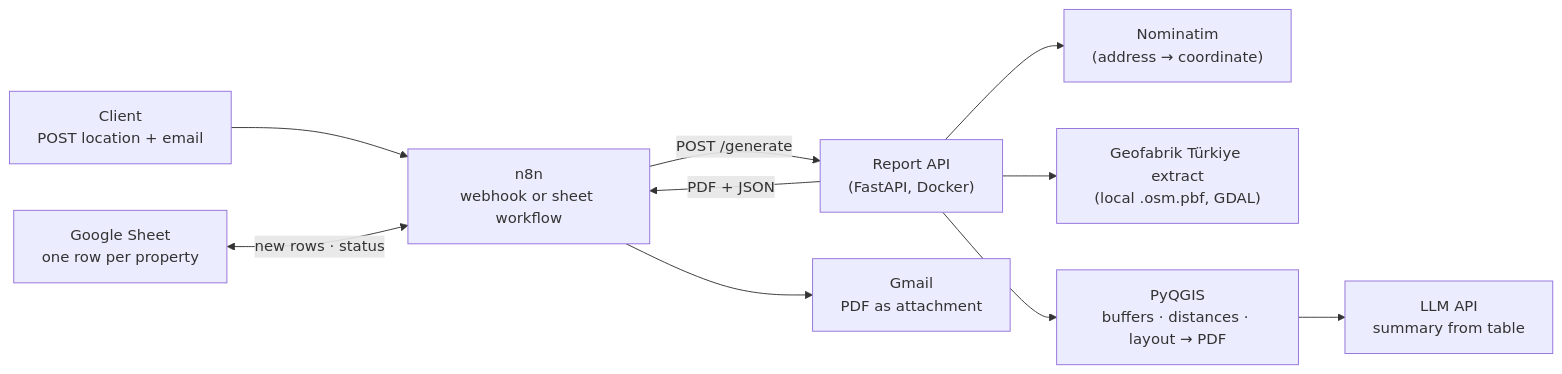
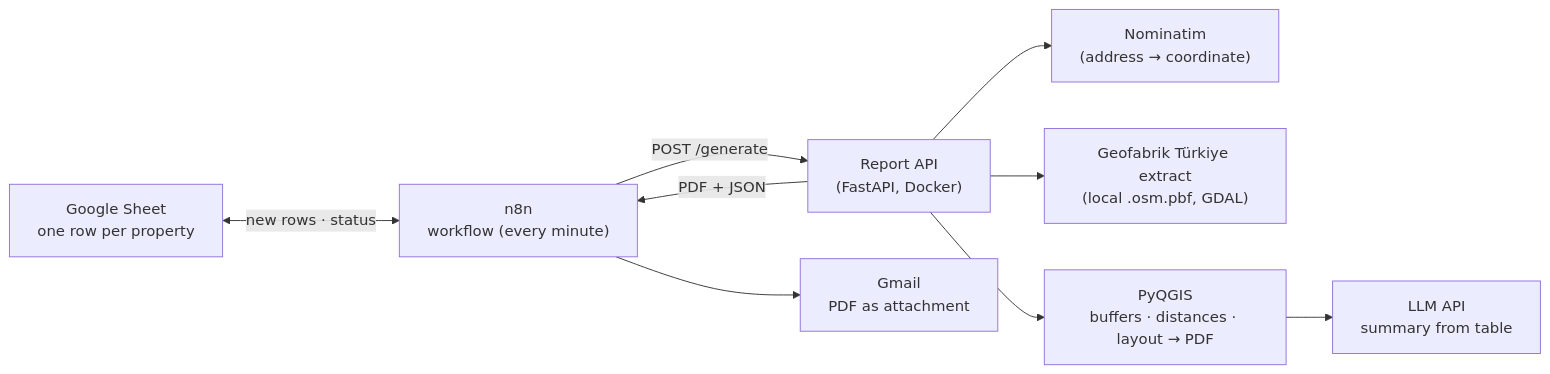
One commit to Erdem-Atik/QGIS-Property-Report changed the diagram in README.md. Above: the diagram before and after it, drawn with Mermaid. The commit also changed other lines of this file and 3 other files, not shown here.

First line of the commit message:
Make Google Sheet the only input; drop the webhook workflow

````diff
--- a/README.md
+++ b/README.md
@@ -40,12 +40,11 @@
 ```mermaid
 flowchart LR
-    A["Client<br/>POST location + email"] --> B["n8n<br/>webhook or sheet workflow"]
-    S["Google Sheet<br/>one row per property"] <-->|"new rows · status"| B
+    S["Google Sheet<br/>one row per property"] <-->|"new rows · status"| B["n8n<br/>workflow (every minute)"]
     B -->|"POST /generate"| C["Report API<br/>(FastAPI, Docker)"]
     C --> D["Nominatim<br/>(address → coordinate)"]
     C --> E["Geofabrik Türkiye extract<br/>(local .osm.pbf, GDAL)"]
     C --> F["PyQGIS<br/>buffers · distances · layout → PDF"]
     F --> G["LLM API<br/>summary from table"]
     C -->|"PDF + JSON"| B
     B --> H["Gmail<br/>PDF as attachment"]
 ```
````
